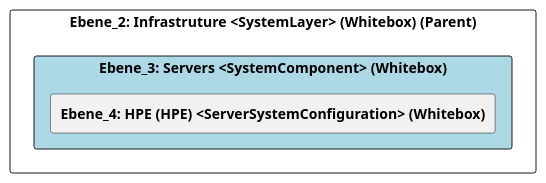
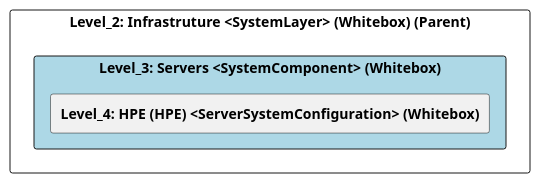
The diagram in src/cleon.architecturemethods.arc42.sample/doc/cleon_architecturemethods_arc42_sample_system/adoc/de/05_bausteinsicht/ikt/infrastruture/servers/ebene_3_servers.adoc (marcozwyssig/cleon), drawn with PlantUML before and after one commit. The commit also changed other lines of this file and 169 other files, not shown here.

```diff
--- a/src/cleon.architecturemethods.arc42.sample/doc/cleon_architecturemethods_arc42_sample_system/adoc/de/05_bausteinsicht/ikt/infrastruture/servers/ebene_3_servers.adoc
+++ b/src/cleon.architecturemethods.arc42.sample/doc/cleon_architecturemethods_arc42_sample_system/adoc/de/05_bausteinsicht/ikt/infrastruture/servers/ebene_3_servers.adoc
@@ -24,24 +24,24 @@
-[plantuml, Ebene_3: Servers <SystemComponent> (Whitebox)BlockOverview, format="svg"]
+[plantuml, Level_3: Servers <SystemComponent> (Whitebox)BlockOverview, format="svg"]
 ----
-@startuml Ebene_3: Servers <SystemComponent> (Whitebox)BuildingBlockOverview
+@startuml Level_3: Servers <SystemComponent> (Whitebox)BuildingBlockOverview
 
 skinparam ranksep 10
 skinparam componentStyle rectangle
 skinparam shadowing false
 skinparam arrowColor lightblue
 skinparam arrowThickness 1.2
 skinparam rectangle {
   BackgroundColor White
   BorderColor #333
   RoundCorner 10
 }
 top to bottom direction
 
-component "Ebene_2: Infrastruture <SystemLayer> (Whitebox) (Parent)" {
-    component "Ebene_3: Servers <SystemComponent> (Whitebox)" #lightblue {
-        [**Ebene_4: HPE (HPE) <ServerSystemConfiguration> (Whitebox)**] as B582462C_BEE0_11EF_B498_058EE446F8E7
+component "Level_2: Infrastruture <SystemLayer> (Whitebox) (Parent)" {
+    component "Level_3: Servers <SystemComponent> (Whitebox)" #lightblue {
+        [**Level_4: HPE (HPE) <ServerSystemConfiguration> (Whitebox)**] as B582462C_BEE0_11EF_B498_058EE446F8E7
     }
 }
 
 @enduml
 ----
```
